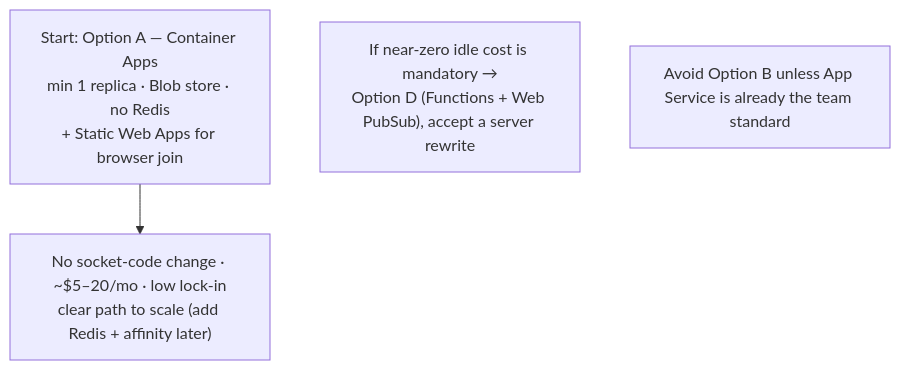
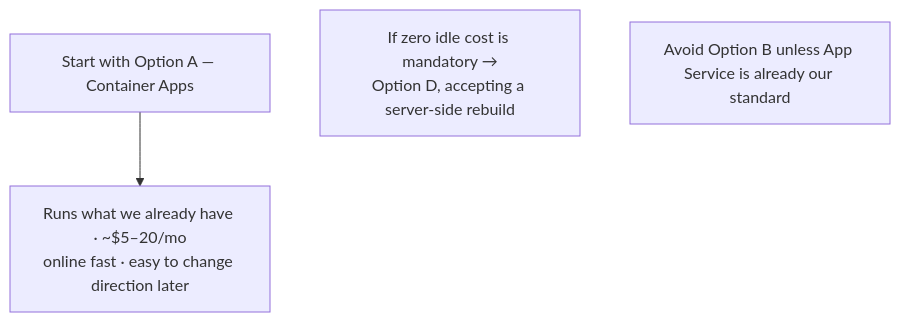
The ninth of 9 diagrams in GanttChartEditor/GanttChartEditor_OnlineCollabAzure_Presentation20260904.md (WhiTeXCharGe/TF_Testing), drawn with Mermaid before and after one commit. The commit also changed other lines of this file and 1 other file, not shown here.

First line of the commit message:
Rewrite online-collab Azure presentation for a non-technical audience; add JP version

````diff
--- a/GanttChartEditor/GanttChartEditor_OnlineCollabAzure_Presentation20260904.md
+++ b/GanttChartEditor/GanttChartEditor_OnlineCollabAzure_Presentation20260904.md
@@ -258,7 +250,7 @@
 ```mermaid
 flowchart TD
-  R1["Start: Option A — Container Apps<br/>min 1 replica · Blob store · no Redis<br/>+ Static Web Apps for browser join"]
-  R1 --> R2["No socket-code change · ~$5–20/mo · low lock-in<br/>clear path to scale (add Redis + affinity later)"]
-  ALT["If near-zero idle cost is mandatory →<br/>Option D (Functions + Web PubSub), accept a server rewrite"]
-  AVOID["Avoid Option B unless App Service is already the team standard"]
+  R1["Start with Option A — Container Apps"]
+  R1 --> R2["Runs what we already have · ~$5–20/mo<br/>online fast · easy to change direction later"]
+  ALT["If zero idle cost is mandatory →<br/>Option D, accepting a server-side rebuild"]
+  AVOID["Avoid Option B unless App Service is already our standard"]
 ```
````
